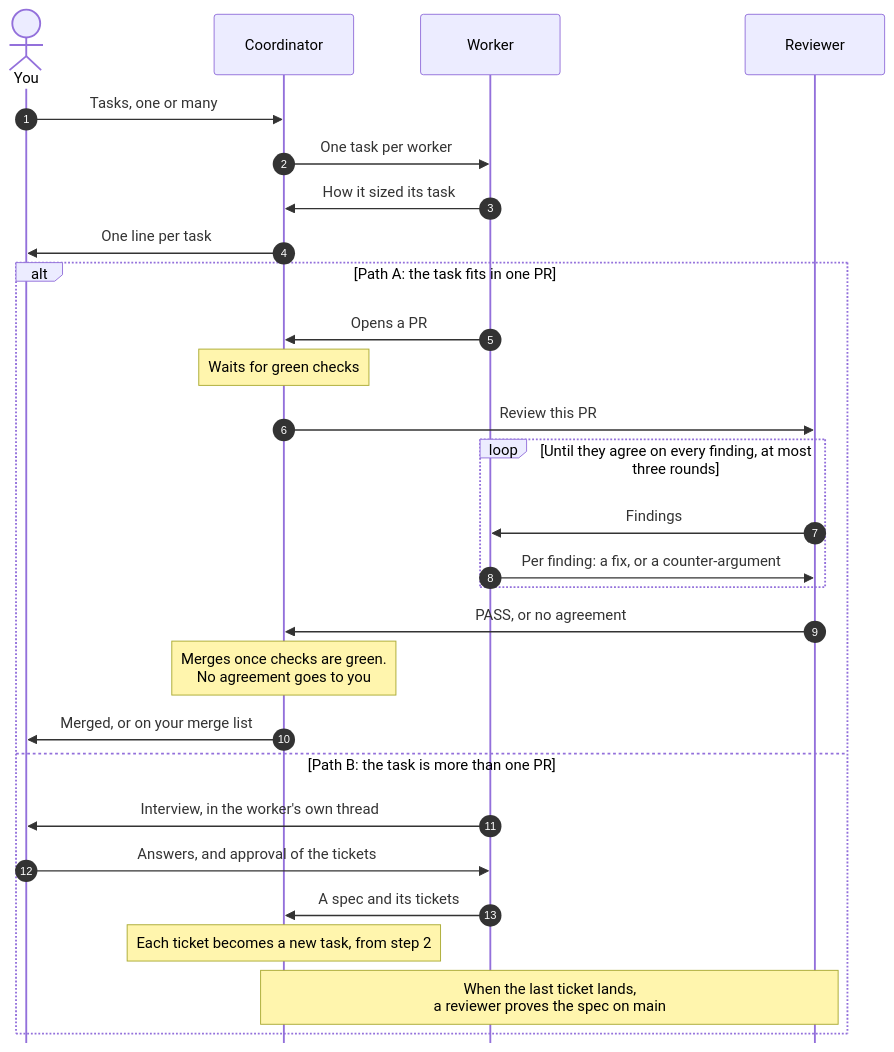
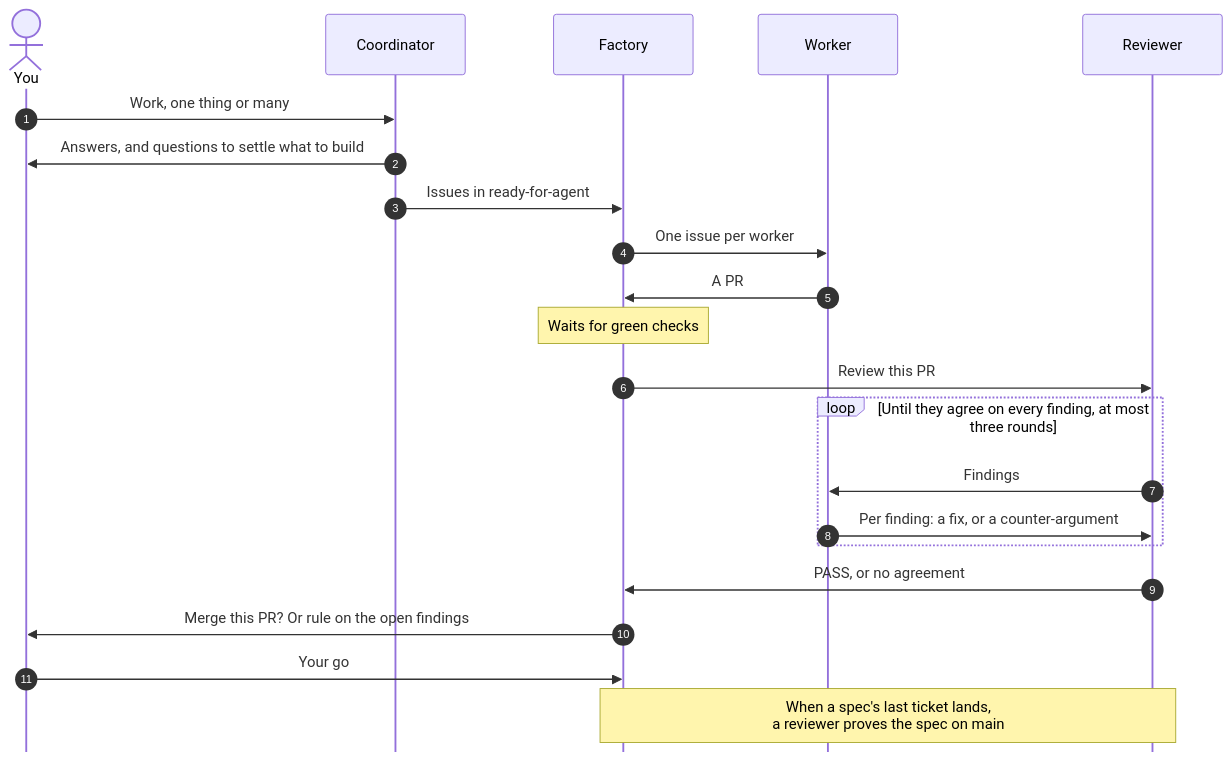
The diagram in README.md (dante-sparras/skills), drawn with Mermaid before and after one commit. The commit also changed other lines of this file and 15 other files, not shown here.

First line of the commit message:
refactor(coordinate): make the factory the only way work ships (#46)

````diff
--- a/README.md
+++ b/README.md
@@ -22,33 +18,26 @@
 ```mermaid
 %%{init: {"sequence": {"mirrorActors": false}}}%%
 sequenceDiagram
     autonumber
     actor You
     participant C as Coordinator
+    participant F as Factory
     participant W as Worker
     participant R as Reviewer
 
-    You->>C: Tasks, one or many
-    C->>W: One task per worker
-    W->>C: How it sized its task
-    C->>You: One line per task
-
-    alt Path A: the task fits in one PR
-        W->>C: Opens a PR
-        Note over C: Waits for green checks
-        C->>R: Review this PR
-        loop Until they agree on every finding, at most three rounds
-            R->>W: Findings
-            W->>R: Per finding: a fix, or a counter-argument
-        end
-        R->>C: PASS, or no agreement
-        Note over C: Merges once checks are green.<br/>No agreement goes to you
-        C->>You: Merged, or on your merge list
-    else Path B: the task is more than one PR
-        W->>You: Interview, in the worker's own thread
-        You->>W: Answers, and approval of the tickets
-        W->>C: A spec and its tickets
-        Note over C: Each ticket becomes a new task, from step 2
-        Note over C,R: When the last ticket lands,<br/>a reviewer proves the spec on main
+    You->>C: Work, one thing or many
+    C->>You: Answers, and questions to settle what to build
+    C->>F: Issues in ready-for-agent
+    F->>W: One issue per worker
+    W->>F: A PR
+    Note over F: Waits for green checks
+    F->>R: Review this PR
+    loop Until they agree on every finding, at most three rounds
+        R->>W: Findings
+        W->>R: Per finding: a fix, or a counter-argument
     end
+    R->>F: PASS, or no agreement
+    F->>You: Merge this PR? Or rule on the open findings
+    You->>F: Your go
+    Note over F,R: When a spec's last ticket lands,<br/>a reviewer proves the spec on main
 ```
````
